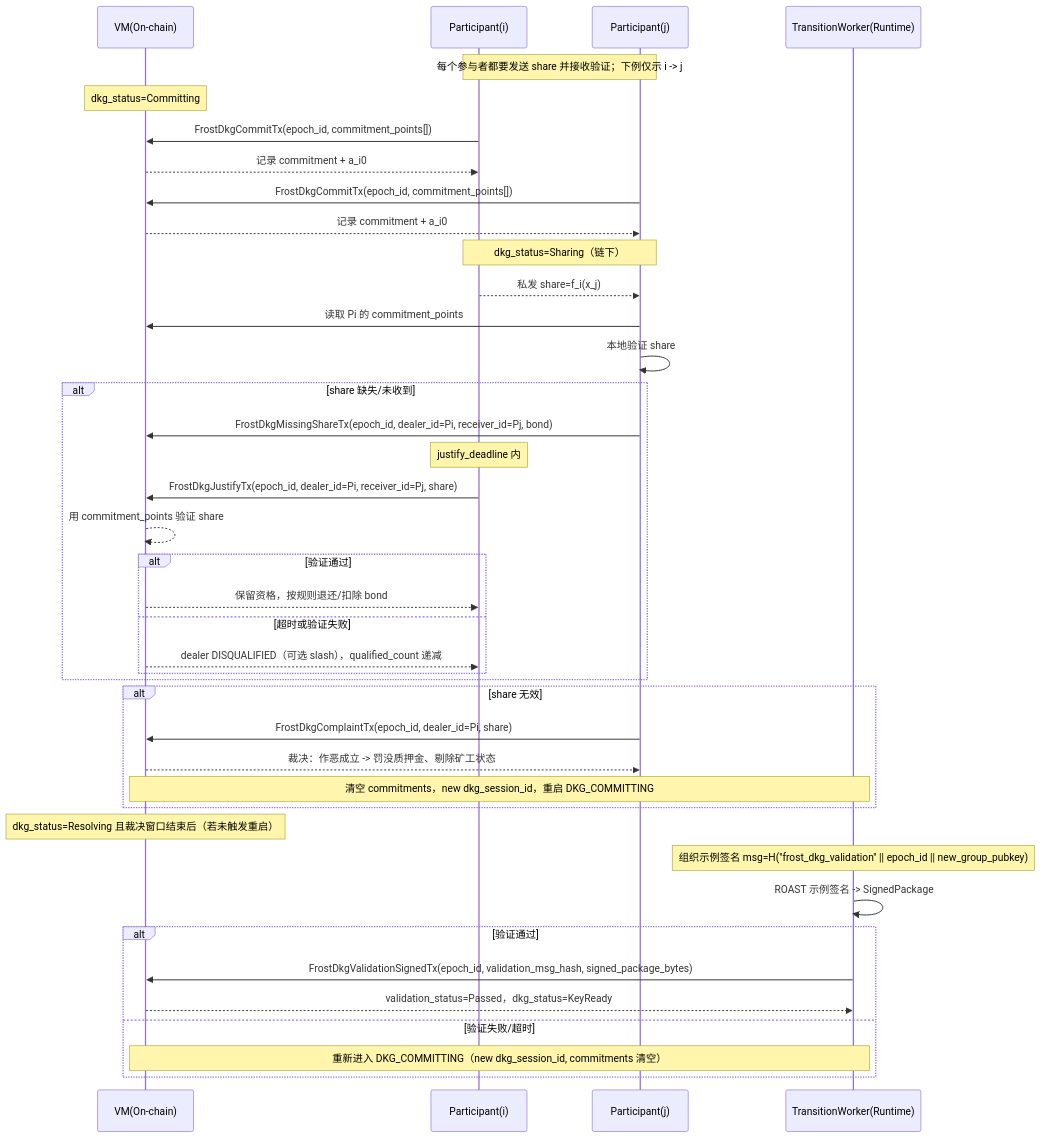
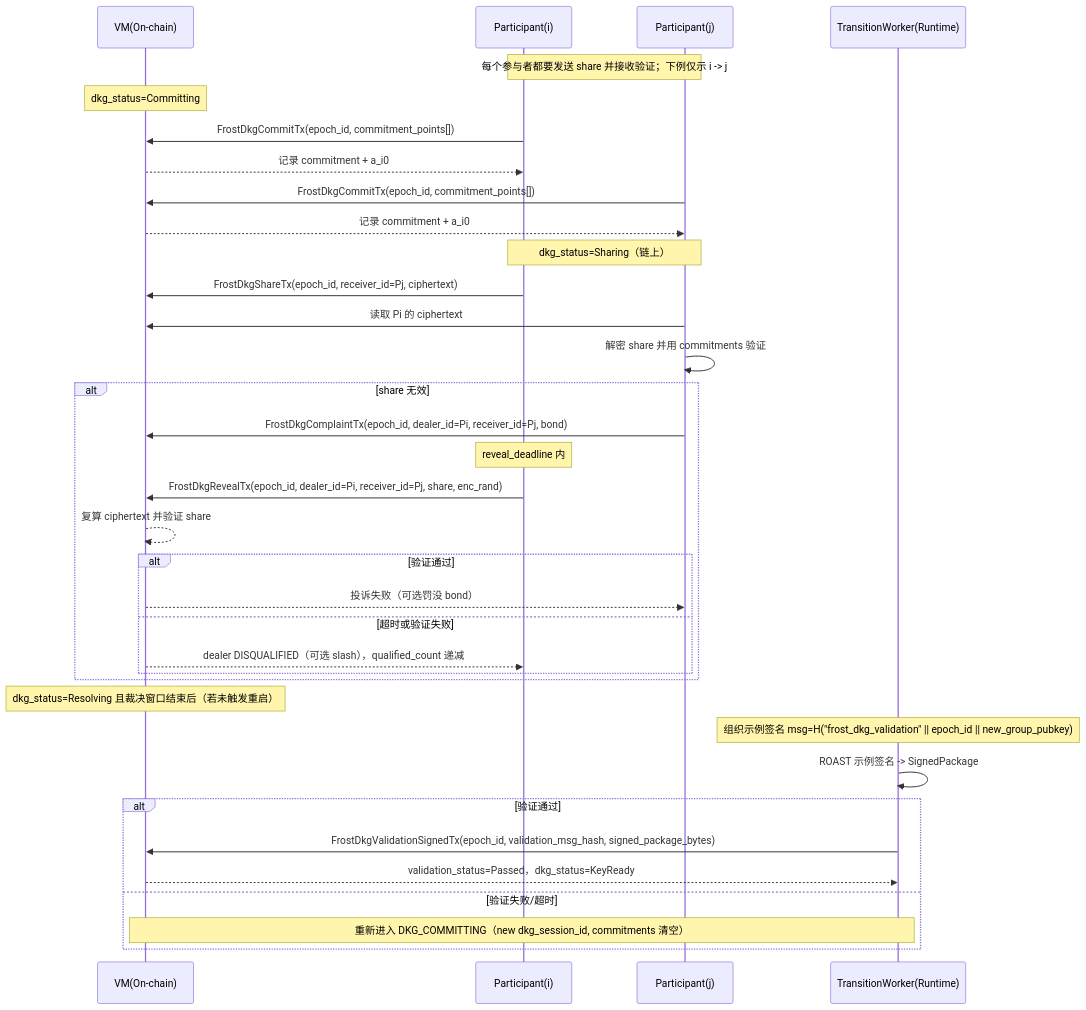
The seventh of 8 diagrams in frost/design.md (davidLeeeeeeeeeeee/dex), drawn with Mermaid before and after one commit. The commit also changed other lines of this file and 2 other files, not shown here.

````diff
--- a/frost/design.md
+++ b/frost/design.md
@@ -799,48 +803,42 @@
 ```mermaid
 sequenceDiagram
   participant CH as VM(On-chain)
   participant Pi as Participant(i)
   participant Pj as Participant(j)
   participant TW as TransitionWorker(Runtime)
 
   Note over Pi,Pj: 每个参与者都要发送 share 并接收验证；下例仅示 i -> j
   Note over CH: dkg_status=Committing
   Pi->>CH: FrostDkgCommitTx(epoch_id, commitment_points[])
   CH-->>Pi: 记录 commitment + a_i0
   Pj->>CH: FrostDkgCommitTx(epoch_id, commitment_points[])
   CH-->>Pj: 记录 commitment + a_i0
 
-  Note over Pi,Pj: dkg_status=Sharing（链下）
-  Pi-->>Pj: 私发 share=f_i(x_j)
-  Pj->>CH: 读取 Pi 的 commitment_points
-  Pj->>Pj: 本地验证 share
+  Note over Pi,Pj: dkg_status=Sharing（链上）
+  Pi->>CH: FrostDkgShareTx(epoch_id, receiver_id=Pj, ciphertext)
+  Pj->>CH: 读取 Pi 的 ciphertext
+  Pj->>Pj: 解密 share 并用 commitments 验证
 
-  alt share 缺失/未收到
-    Pj->>CH: FrostDkgMissingShareTx(epoch_id, dealer_id=Pi, receiver_id=Pj, bond)
-    Note over Pi: justify_deadline 内
-    Pi->>CH: FrostDkgJustifyTx(epoch_id, dealer_id=Pi, receiver_id=Pj, share)
-    CH-->>CH: 用 commitment_points 验证 share
+  alt share 无效
+    Pj->>CH: FrostDkgComplaintTx(epoch_id, dealer_id=Pi, receiver_id=Pj, bond)
+    Note over Pi: reveal_deadline 内
+    Pi->>CH: FrostDkgRevealTx(epoch_id, dealer_id=Pi, receiver_id=Pj, share, enc_rand)
+    CH-->>CH: 复算 ciphertext 并验证 share
     alt 验证通过
-      CH-->>Pi: 保留资格，按规则退还/扣除 bond
+      CH-->>Pj: 投诉失败（可选罚没 bond）
     else 超时或验证失败
       CH-->>Pi: dealer DISQUALIFIED（可选 slash），qualified_count 递减
     end
-  end
-
-  alt share 无效
-    Pj->>CH: FrostDkgComplaintTx(epoch_id, dealer_id=Pi, share)
-    CH-->>Pj: 裁决：作恶成立 -> 罚没质押金、剔除矿工状态
-    Note over CH,TW: 清空 commitments，new dkg_session_id，重启 DKG_COMMITTING
   end
 
   Note over CH: dkg_status=Resolving 且裁决窗口结束后（若未触发重启）
   Note over TW: 组织示例签名 msg=H("frost_dkg_validation" || epoch_id || new_group_pubkey)
   TW->>TW: ROAST 示例签名 -> SignedPackage
 
   alt 验证通过
     TW->>CH: FrostDkgValidationSignedTx(epoch_id, validation_msg_hash, signed_package_bytes)
     CH-->>TW: validation_status=Passed，dkg_status=KeyReady
   else 验证失败/超时
     Note over CH,TW: 重新进入 DKG_COMMITTING（new dkg_session_id, commitments 清空）
   end
 ```
````
